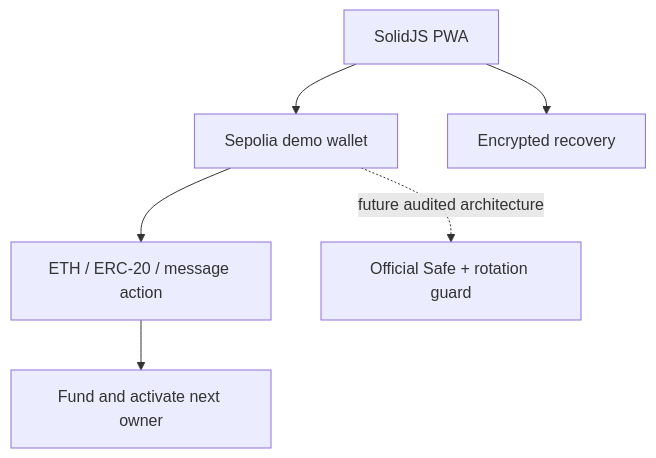
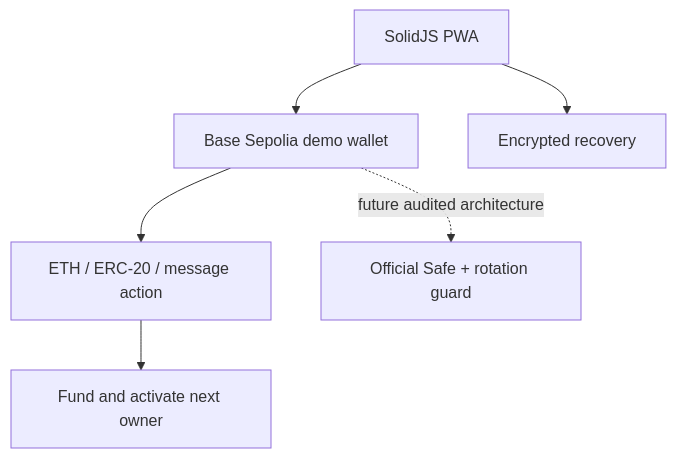
The second of 2 diagrams in README.md (SilentCicero/bunker-wallet), drawn with Mermaid before and after one commit. The commit also changed other lines of this file and 29 other files, not shown here.

Commit message:
Move demo to Base Sepolia

````diff
--- a/README.md
+++ b/README.md
@@ -50,8 +50,8 @@
 ```mermaid
 flowchart TB
-  PWA[SolidJS PWA] --> D[Sepolia demo wallet]
+  PWA[SolidJS PWA] --> D[Base Sepolia demo wallet]
   D --> A[ETH / ERC-20 / message action]
   A --> K[Fund and activate next owner]
   PWA --> V[Encrypted recovery]
   D -. future audited architecture .-> S[Official Safe + rotation guard]
 ```
````
